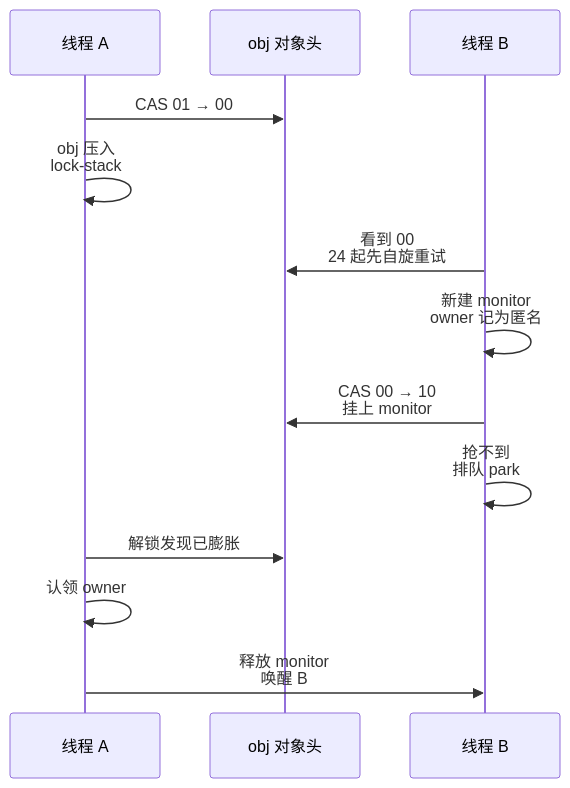
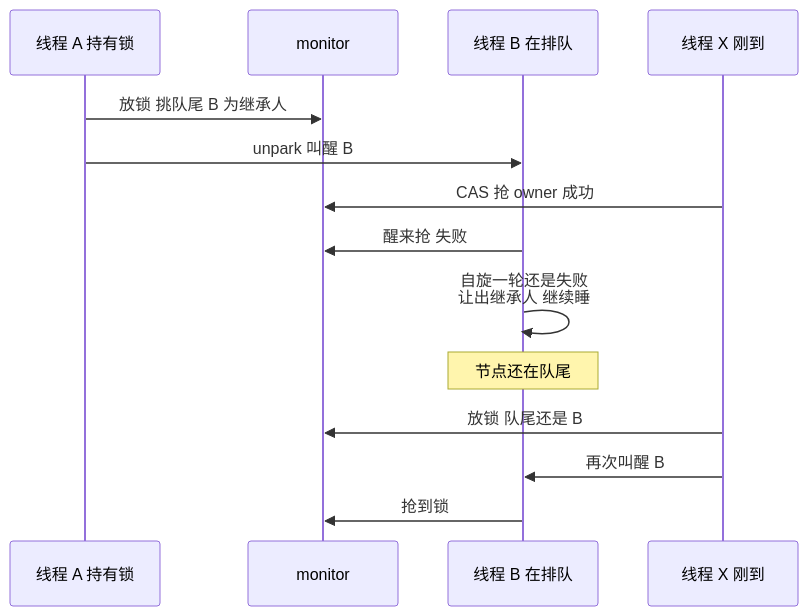
Before and after one commit to mamawai/mamawai.github.io: the fourth of 6 diagrams in docs/java/concurrency/synchronized-lock-upgrade.md, drawn with Mermaid. The commit also changed other lines of this file and 2 other files, not shown here.

````diff
--- a/docs/java/concurrency/synchronized-lock-upgrade.md
+++ b/docs/java/concurrency/synchronized-lock-upgrade.md
@@ -214,15 +235,16 @@
 ```mermaid
 sequenceDiagram
-  participant A as 线程 A
-  participant O as obj 对象头
-  participant B as 线程 B
-  A->>O: CAS 01 → 00
-  A->>A: obj 压入<br>lock-stack
-  B->>O: 看到 00<br>24 起先自旋重试
-  B->>B: 新建 monitor<br>owner 记为匿名
-  B->>O: CAS 00 → 10<br>挂上 monitor
-  B->>B: 抢不到<br>排队 park
-  A->>O: 解锁发现已膨胀
-  A->>A: 认领 owner
-  A->>B: 释放 monitor<br>唤醒 B
+  participant A as 线程 A 持有锁
+  participant M as monitor
+  participant B as 线程 B 在排队
+  participant X as 线程 X 刚到
+  A->>M: 放锁 挑队尾 B 为继承人
+  A->>B: unpark 叫醒 B
+  X->>M: CAS 抢 owner 成功
+  B->>M: 醒来抢 失败
+  B->>B: 自旋一轮还是失败<br>让出继承人 继续睡
+  Note over B: 节点还在队尾
+  X->>M: 放锁 队尾还是 B
+  X->>B: 再次叫醒 B
+  B->>M: 抢到锁
 ```
````
